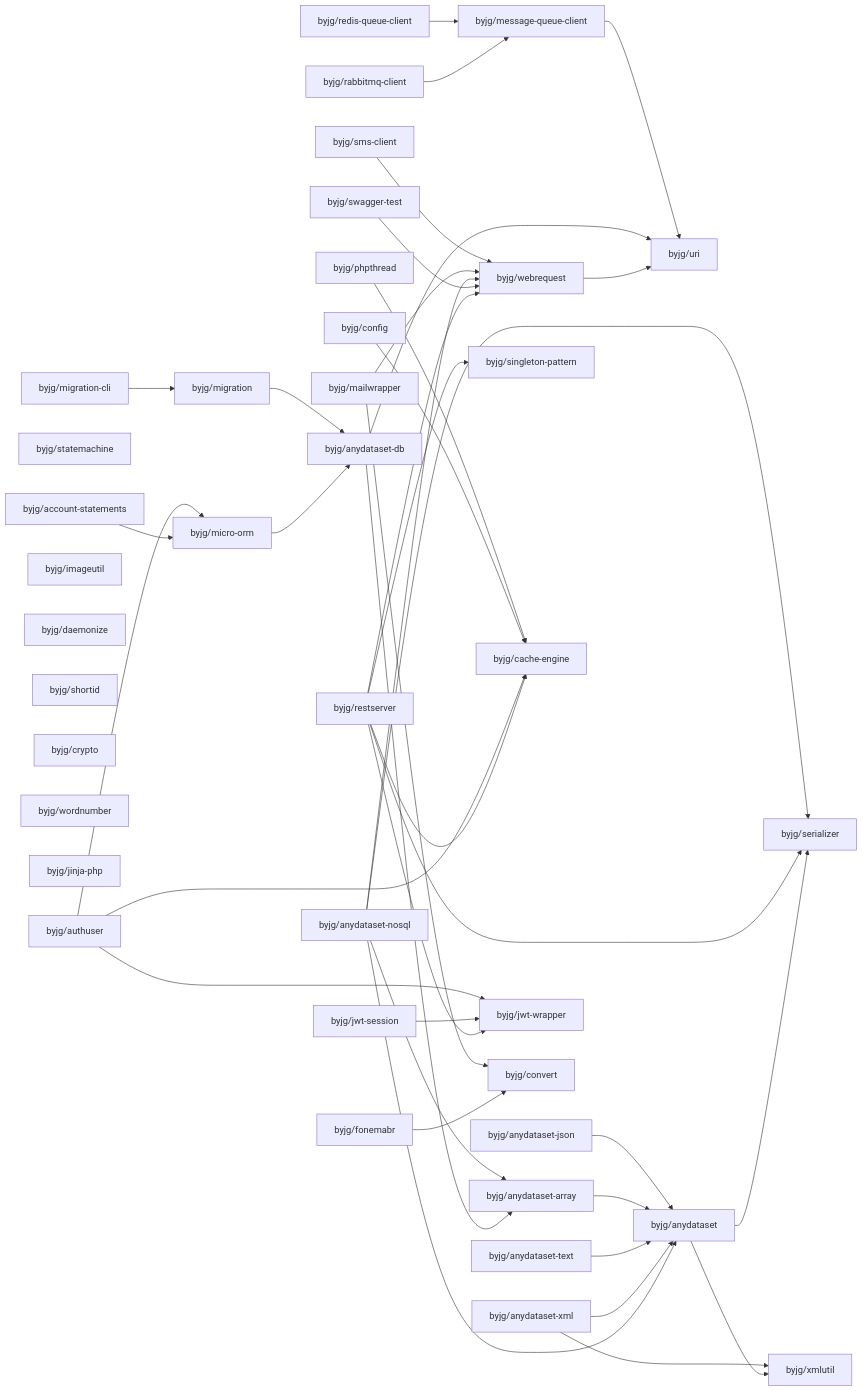
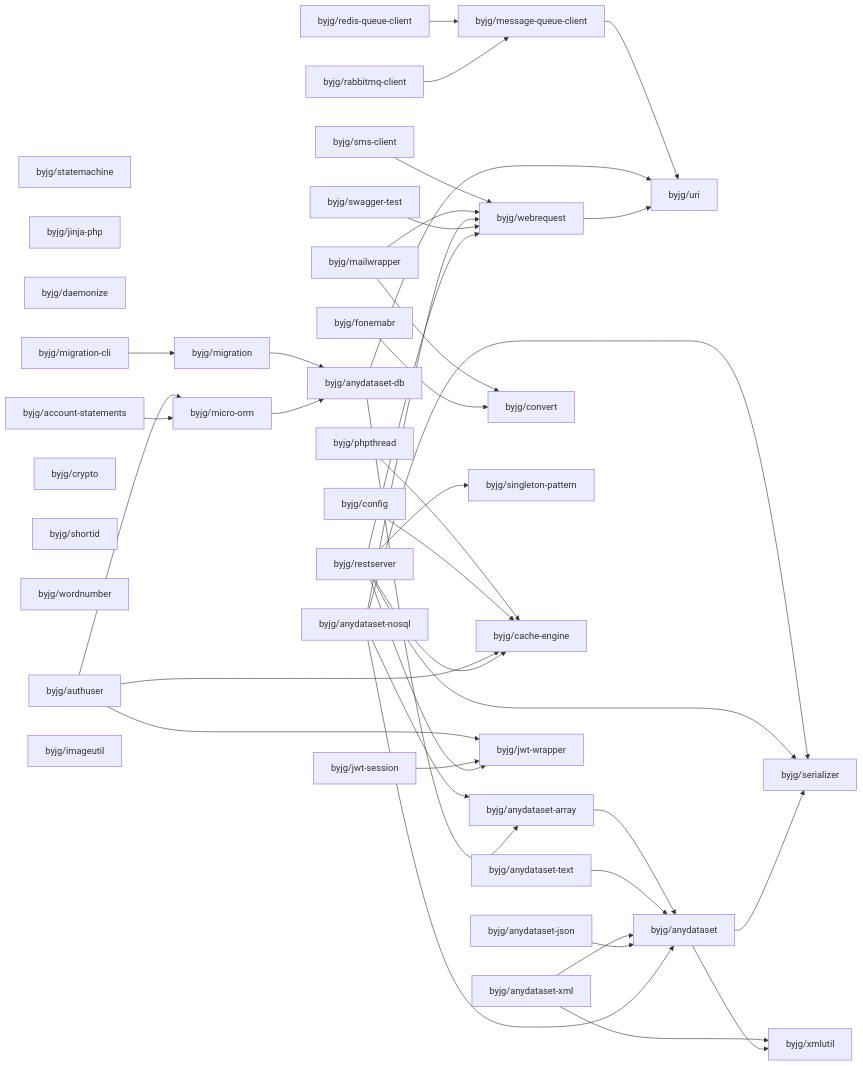
One commit to byjg/byjg.github.io changed the diagram in docs/php/README.md. Above: the diagram before and after it, drawn with Mermaid. The commit also changed other lines of this file and 5 other files, not shown here.

Commit message:
Update documentation 'php' 'php-anydataset-json'

````diff
--- a/docs/php/README.md
+++ b/docs/php/README.md
@@ -3,78 +3,78 @@
 ```mermaid
 graph LR;
-  byjg/swagger-test;
+  byjg/statemachine;
+  byjg/jinja-php;
+  byjg/daemonize;
+  byjg/authuser;
+  byjg/phpthread;
   byjg/sms-client;
   byjg/redis-queue-client;
+  byjg/anydataset-text;
+  byjg/account-statements;
+  byjg/swagger-test;
+  byjg/anydataset-xml;
+  byjg/rabbitmq-client;
+  byjg/jwt-session;
+  byjg/config;
+  byjg/fonemabr;
+  byjg/crypto;
+  byjg/mailwrapper;
+  byjg/shortid;
+  byjg/wordnumber;
   byjg/migration-cli;
-  byjg/statemachine;
-  byjg/account-statements;
   byjg/imageutil;
-  byjg/daemonize;
-  byjg/rabbitmq-client;
-  byjg/anydataset-text;
-  byjg/config;
-  byjg/jwt-session;
-  byjg/shortid;
-  byjg/mailwrapper;
-  byjg/phpthread;
+  byjg/anydataset-json;
   byjg/anydataset-nosql;
-  byjg/crypto;
-  byjg/wordnumber;
-  byjg/anydataset-xml;
-  byjg/jinja-php;
-  byjg/authuser;
   byjg/restserver;
-  byjg/anydataset-json;
-  byjg/fonemabr;
+  byjg/micro-orm;
+  byjg/message-queue-client;
+  byjg/convert;
   byjg/migration;
-  byjg/message-queue-client;
-  byjg/micro-orm;
   byjg/singleton-pattern;
   byjg/cache-engine;
   byjg/webrequest;
   byjg/jwt-wrapper;
-  byjg/convert;
   byjg/anydataset-db;
   byjg/anydataset-array;
   byjg/uri;
   byjg/anydataset;
   byjg/serializer;
   byjg/xmlutil;
-  byjg/anydataset-json --> byjg/anydataset;
   byjg/sms-client --> byjg/webrequest;
   byjg/anydataset-array --> byjg/anydataset;
   byjg/phpthread --> byjg/cache-engine;
   byjg/anydataset-text --> byjg/anydataset;
   byjg/mailwrapper --> byjg/convert;
   byjg/mailwrapper --> byjg/webrequest;
   byjg/migration-cli --> byjg/migration;
   byjg/anydataset-xml --> byjg/anydataset;
   byjg/anydataset-xml --> byjg/xmlutil;
   byjg/redis-queue-client --> byjg/message-queue-client;
   byjg/fonemabr --> byjg/convert;
   byjg/message-queue-client --> byjg/uri;
   byjg/config --> byjg/cache-engine;
   byjg/rabbitmq-client --> byjg/message-queue-client;
   byjg/authuser --> byjg/micro-orm;
   byjg/authuser --> byjg/cache-engine;
   byjg/authuser --> byjg/jwt-wrapper;
   byjg/jwt-session --> byjg/jwt-wrapper;
+  byjg/anydataset-json --> byjg/anydataset;
   byjg/anydataset-nosql --> byjg/anydataset;
   byjg/anydataset-nosql --> byjg/anydataset-array;
   byjg/anydataset-nosql --> byjg/serializer;
   byjg/anydataset-nosql --> byjg/webrequest;
   byjg/anydataset-db --> byjg/anydataset-array;
   byjg/anydataset-db --> byjg/uri;
   byjg/swagger-test --> byjg/webrequest;
   byjg/restserver --> byjg/serializer;
   byjg/restserver --> byjg/singleton-pattern;
   byjg/restserver --> byjg/cache-engine;
   byjg/restserver --> byjg/webrequest;
   byjg/restserver --> byjg/jwt-wrapper;
   byjg/migration --> byjg/anydataset-db;
   byjg/anydataset --> byjg/serializer;
   byjg/anydataset --> byjg/xmlutil;
   byjg/micro-orm --> byjg/anydataset-db;
   byjg/webrequest --> byjg/uri;
   byjg/account-statements --> byjg/micro-orm;
 ```
````
